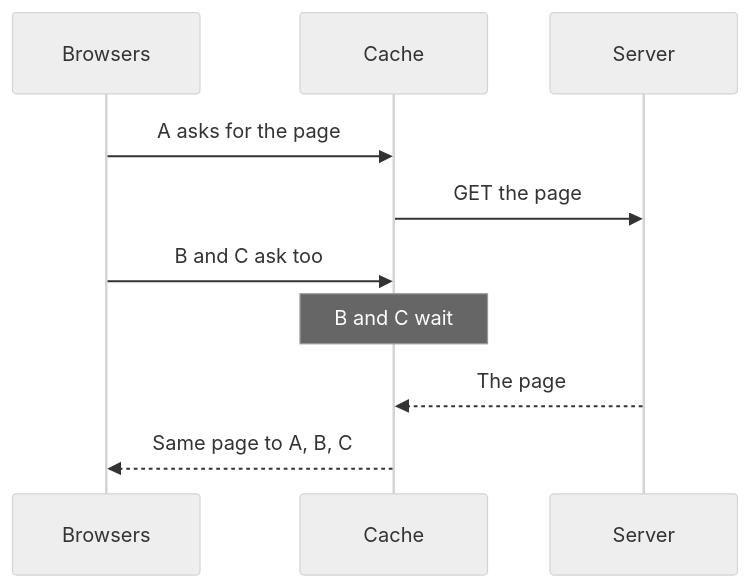
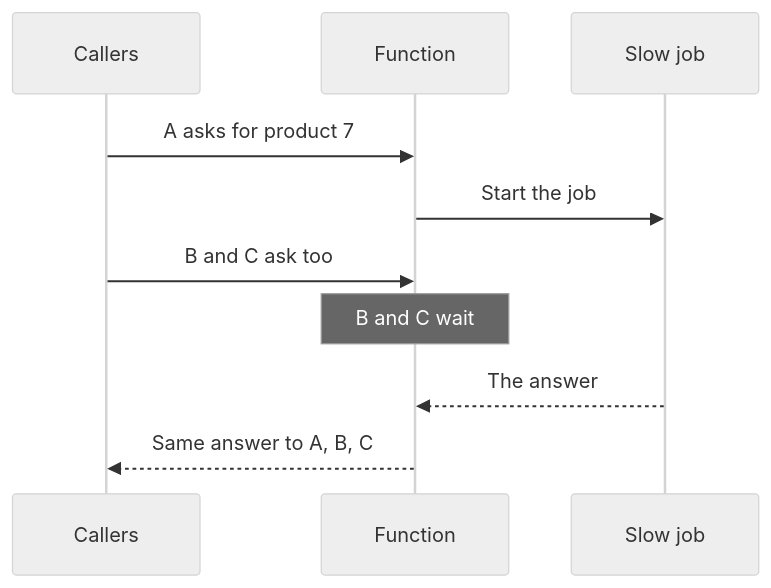
One commit to adityaokke/programmersbible changed the diagram in content/nodes/request-coalescing.md. Above: the diagram before and after it, drawn with Mermaid (neutral theme). The commit also changed other lines of this file, not shown here.

````diff
--- a/content/nodes/request-coalescing.md
+++ b/content/nodes/request-coalescing.md
@@ -91,14 +114,14 @@
 ```mermaid
 sequenceDiagram
-  accTitle: Three requests share one trip to the server
-  accDescr: Browser A asks the cache for a page. The cache does not have it, so it asks the server. While that is in flight, browsers B and C ask for the same page, and they wait. The server sends one answer to the cache, and the cache sends the same page to A, B and C.
-  participant B as Browsers
-  participant C as Cache
-  participant S as Server
-  B->>C: A asks for the page
-  C->>S: GET the page
-  B->>C: B and C ask too
-  Note over C: B and C wait
-  S-->>C: The page
-  C-->>B: Same page to A, B, C
+  accTitle: Three callers share one slow job
+  accDescr: Caller A calls the function. No job is in flight, so the function starts the slow job. While it runs, callers B and C call the function for the same thing, and they wait. The slow job gives one answer to the function, and the function gives the same answer to A, B and C.
+  participant C as Callers
+  participant F as Function
+  participant J as Slow job
+  C->>F: A asks for product 7
+  F->>J: Start the job
+  C->>F: B and C ask too
+  Note over F: B and C wait
+  J-->>F: The answer
+  F-->>C: Same answer to A, B, C
 ```
````
